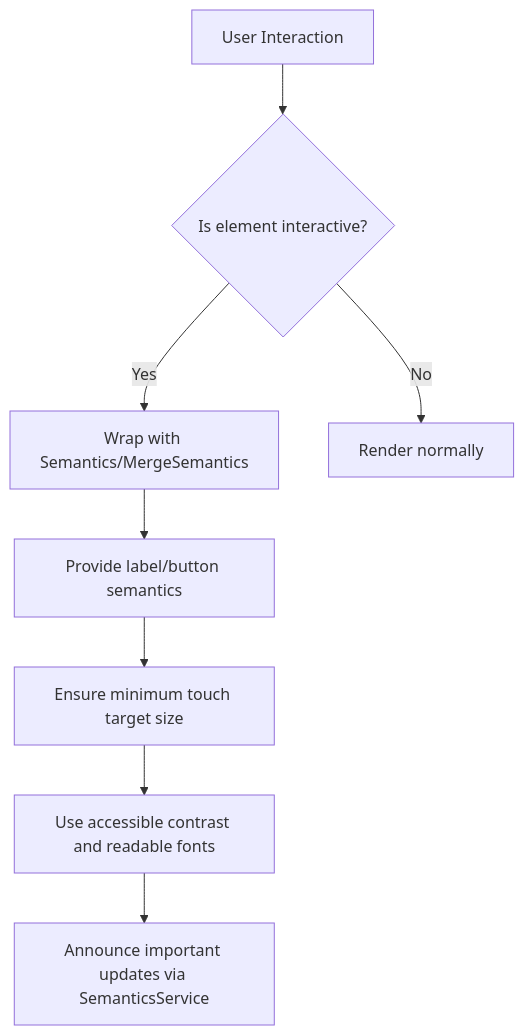
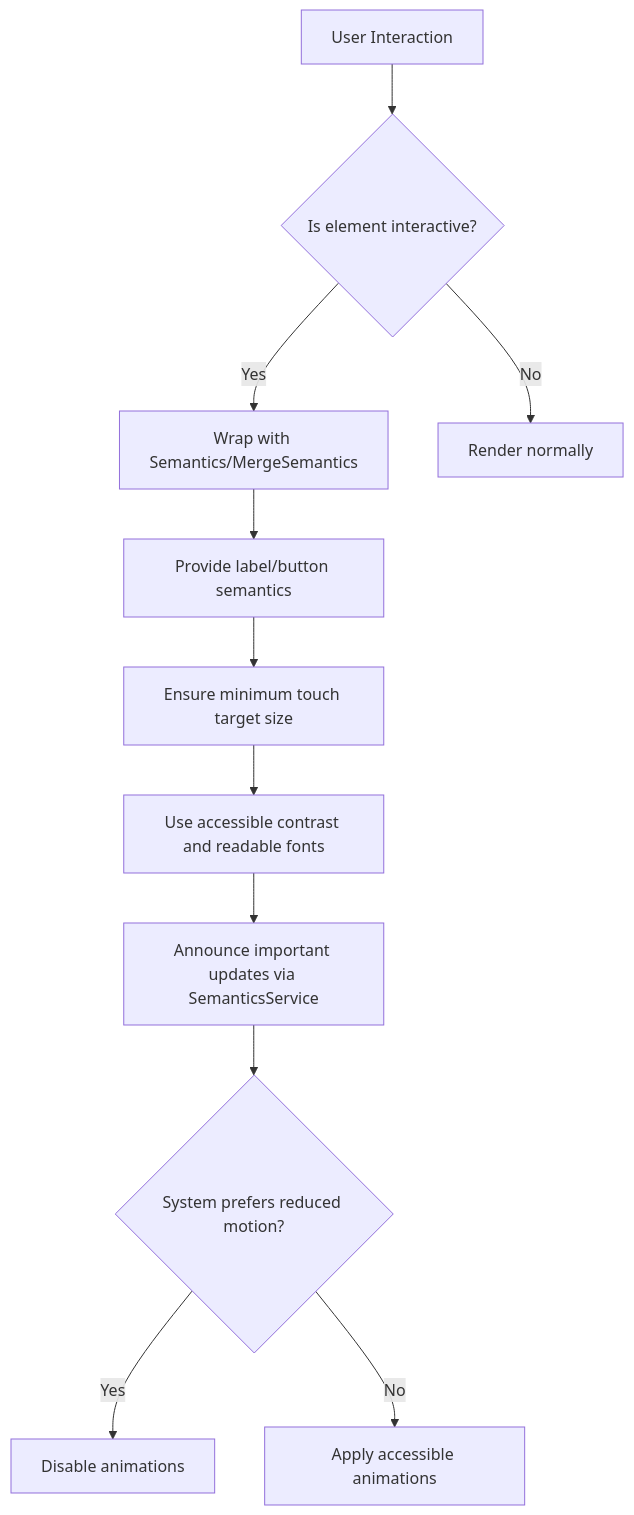
Before and after one commit to rdsarjito/whoosh-ramah: the ninth of 9 diagrams in .qoder/repowiki/en/content/Mobile Application/Mobile Application.md, drawn with Mermaid. The commit also changed other lines of this file and 68 other files, not shown here.

````diff
--- a/.qoder/repowiki/en/content/Mobile Application/Mobile Application.md
+++ b/.qoder/repowiki/en/content/Mobile Application/Mobile Application.md
@@ -417,10 +523,13 @@
 ```mermaid
 flowchart TD
 A["User Interaction"] --> B{"Is element interactive?"}
 B --> |Yes| C["Wrap with Semantics/MergeSemantics"]
 B --> |No| D["Render normally"]
 C --> E["Provide label/button semantics"]
 E --> F["Ensure minimum touch target size"]
 F --> G["Use accessible contrast and readable fonts"]
 G --> H["Announce important updates via SemanticsService"]
+H --> I{"System prefers reduced motion?"}
+I --> |Yes| J["Disable animations"]
+I --> |No| K["Apply accessible animations"]
 ```
````
